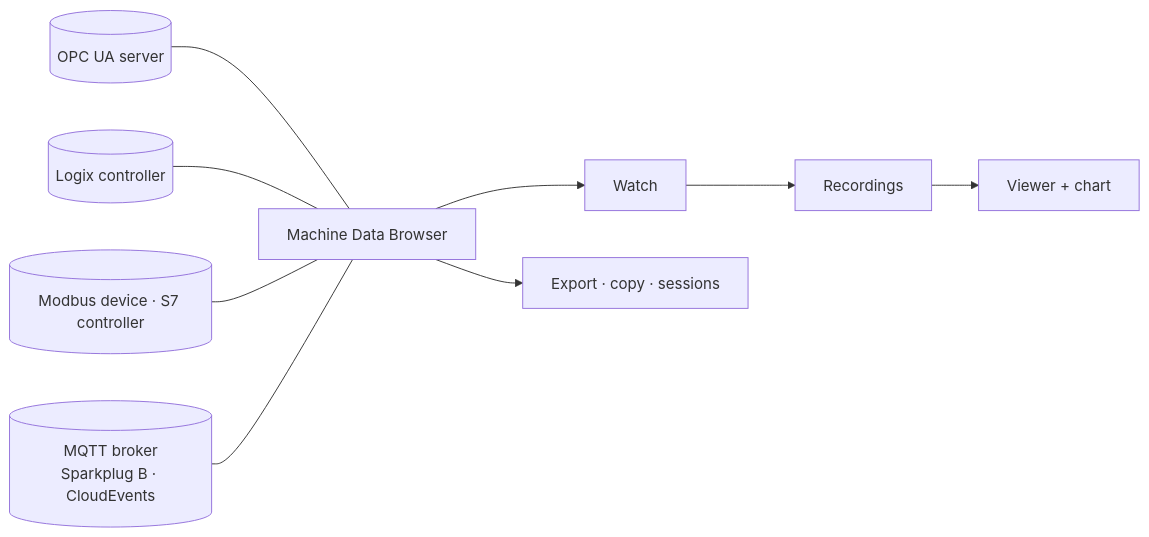
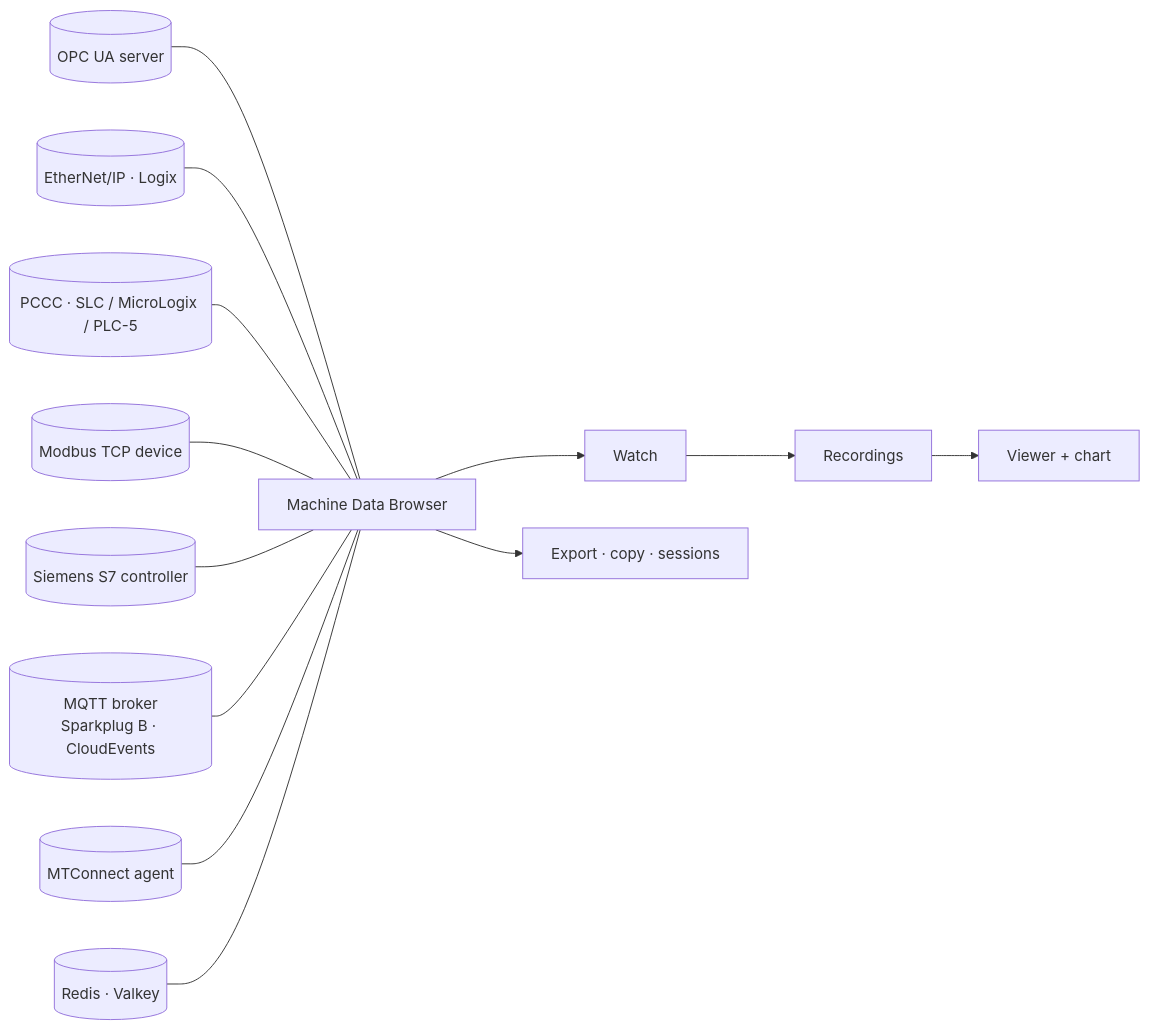
One commit to ZaoralJ/MachineDataBrowser changed the diagram in README.md. Above: the diagram before and after it, drawn with Mermaid. The commit also changed other lines of this file and 14 other files, not shown here.

````diff
--- a/README.md
+++ b/README.md
@@ -31,9 +41,13 @@
 ```mermaid
 flowchart LR
     UA[(OPC UA server)] --- App
-    PLC[(Logix controller)] --- App
-    DEV[(Modbus device · S7 controller)] --- App
+    LOGIX[(EtherNet/IP · Logix)] --- App
+    PCCC[(PCCC · SLC / MicroLogix / PLC-5)] --- App
+    MODBUS[(Modbus TCP device)] --- App
+    S7[(Siemens S7 controller)] --- App
     MQ[(MQTT broker<br/>Sparkplug B · CloudEvents)] --- App
+    MTC[(MTConnect agent)] --- App
+    REDIS[(Redis · Valkey)] --- App
     App[Machine Data Browser] --> W[Watch] --> R[Recordings] --> V[Viewer + chart]
     App --> X[Export · copy · sessions]
 ```
````
